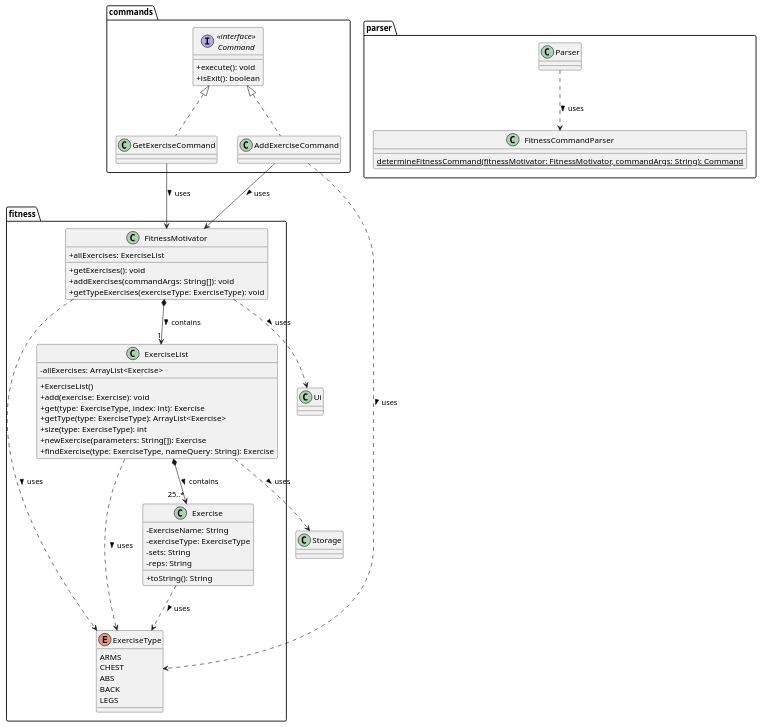
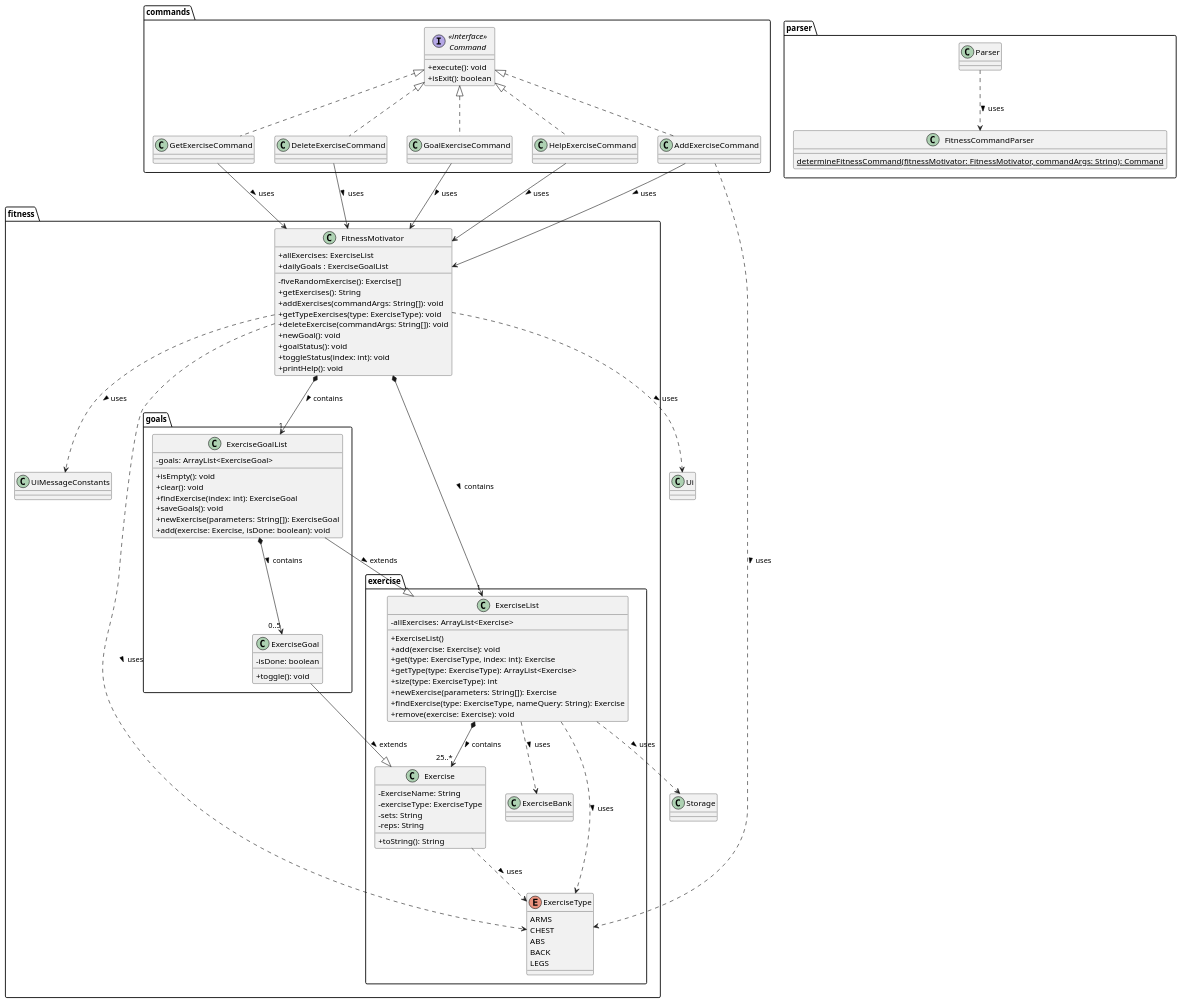
Before and after one commit to AY2324S2-CS2113-T11-1/tp: the diagram in docs/diagrams/fitness/FitnessClassDiagram.puml, drawn with PlantUML. The commit also changed 1 other file, not shown here.

Commit message:
Update Class Diagram and PlantUML for FitnessMotivator

```diff
--- a/docs/diagrams/fitness/FitnessClassDiagram.puml
+++ b/docs/diagrams/fitness/FitnessClassDiagram.puml
@@ -1,87 +1,139 @@
 @startuml
 
 skinparam classAttributeIconSize 0
 
 package parser {
     class FitnessCommandParser {
         {Static} determineFitnessCommand(fitnessMotivator: FitnessMotivator, commandArgs: String): Command
     }
 
     class Parser {
     }
 }
 
 package commands {
     interface "<<interface>>\nCommand" as Command {
         + execute(): void
         + isExit(): boolean
     }
 
-    class AddExerciseCommand implements Command {
+    class GetExerciseCommand implements Command {
     }
 
-    class GetExerciseCommand implements Command {
+    class DeleteExerciseCommand implements Command {
+    }
+
+    class GoalExerciseCommand implements Command {
+    }
+
+    class HelpExerciseCommand implements Command {
+    }
+
+    class AddExerciseCommand implements Command {
     }
 }
 
 package fitness {
+    package exercise {
+
+        class ExerciseList {
+            - allExercises: ArrayList<Exercise>
+            + ExerciseList()
+            + add(exercise: Exercise): void
+            + get(type: ExerciseType, index: int): Exercise
+            + getType(type: ExerciseType): ArrayList<Exercise>
+            + size(type: ExerciseType): int
+            + newExercise(parameters: String[]): Exercise
+            + findExercise(type: ExerciseType, nameQuery: String): Exercise
+            + remove(exercise: Exercise): void
+        }
+
+        class Exercise {
+            - ExerciseName: String
+            - exerciseType: ExerciseType
+            - sets: String
+            - reps: String
+            + toString(): String
+        }
+
+        class ExerciseBank {
+        }
+
+        enum ExerciseType {
+            ARMS
+            CHEST
+            ABS
+            BACK
+            LEGS
+        }
+    }
+
+    package goals {
+        class ExerciseGoal {
+            - isDone: boolean
+            + toggle(): void
+        }
+
+        class ExerciseGoalList {
+            - goals: ArrayList<ExerciseGoal>
+            + isEmpty(): void
+            + clear(): void
+            + findExercise(index: int): ExerciseGoal
+            + saveGoals(): void
+            + newExercise(parameters: String[]): ExerciseGoal
+            + add(exercise: Exercise, isDone: boolean): void
+        }
+    }
+
     class FitnessMotivator {
         + allExercises: ExerciseList
-        + getExercises(): void
+        + dailyGoals : ExerciseGoalList
+        - fiveRandomExercise(): Exercise[]
+        + getExercises(): String
         + addExercises(commandArgs: String[]): void
-        + getTypeExercises(exerciseType: ExerciseType): void
+        + getTypeExercises(type: ExerciseType): void
+        + deleteExercise(commandArgs: String[]): void
+        + newGoal(): void
+        + goalStatus(): void
+        + toggleStatus(index: int): void
+        + printHelp(): void
     }
 
-    class ExerciseList {
-        - allExercises: ArrayList<Exercise>
-        + ExerciseList()
-        + add(exercise: Exercise): void
-        + get(type: ExerciseType, index: int): Exercise
-        + getType(type: ExerciseType): ArrayList<Exercise>
-        + size(type: ExerciseType): int
-        + newExercise(parameters: String[]): Exercise
-        + findExercise(type: ExerciseType, nameQuery: String): Exercise
-    }
-
-    class Exercise {
-        - ExerciseName: String
-        - exerciseType: ExerciseType
-        - sets: String
-        - reps: String
-        + toString(): String
-    }
-
-    enum ExerciseType {
-        ARMS
-        CHEST
-        ABS
-        BACK
-        LEGS
+    class UiMessageConstants {
     }
 }
 
 class Storage {
 }
 
 class Ui {
 }
 
 Parser ..> FitnessCommandParser : uses >
 
 AddExerciseCommand --> FitnessMotivator : uses >
 AddExerciseCommand ..> ExerciseType : uses >
 GetExerciseCommand --> FitnessMotivator : uses >
+DeleteExerciseCommand --> FitnessMotivator : uses >
+GoalExerciseCommand --> FitnessMotivator : uses >
+HelpExerciseCommand --> FitnessMotivator : uses >
 
 FitnessMotivator *--> "1" ExerciseList : contains >
+FitnessMotivator *--> "1" ExerciseGoalList : contains >
 
 Exercise ..> ExerciseType : uses >
+ExerciseGoal --|> Exercise : extends >
+ExerciseGoalList --|> ExerciseList : extends >
 ExerciseList ..> ExerciseType : uses >
 FitnessMotivator ..> ExerciseType : uses >
+FitnessMotivator ..> UiMessageConstants : uses >
+ExerciseList ..> ExerciseBank : uses >
 
 ExerciseList *--> "25..*" Exercise : contains >
+ExerciseGoalList *--> "0..5" ExerciseGoal : contains >
 
 ExerciseList ..> Storage : uses >
 
 FitnessMotivator ..> Ui : uses >
 
 @enduml
```
